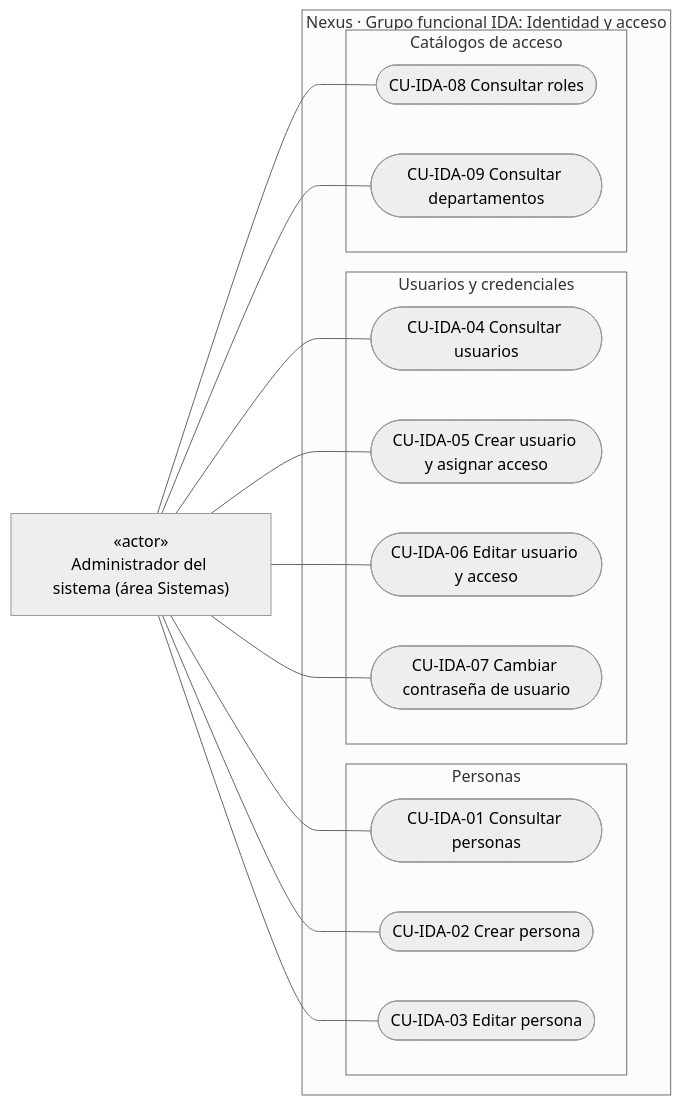
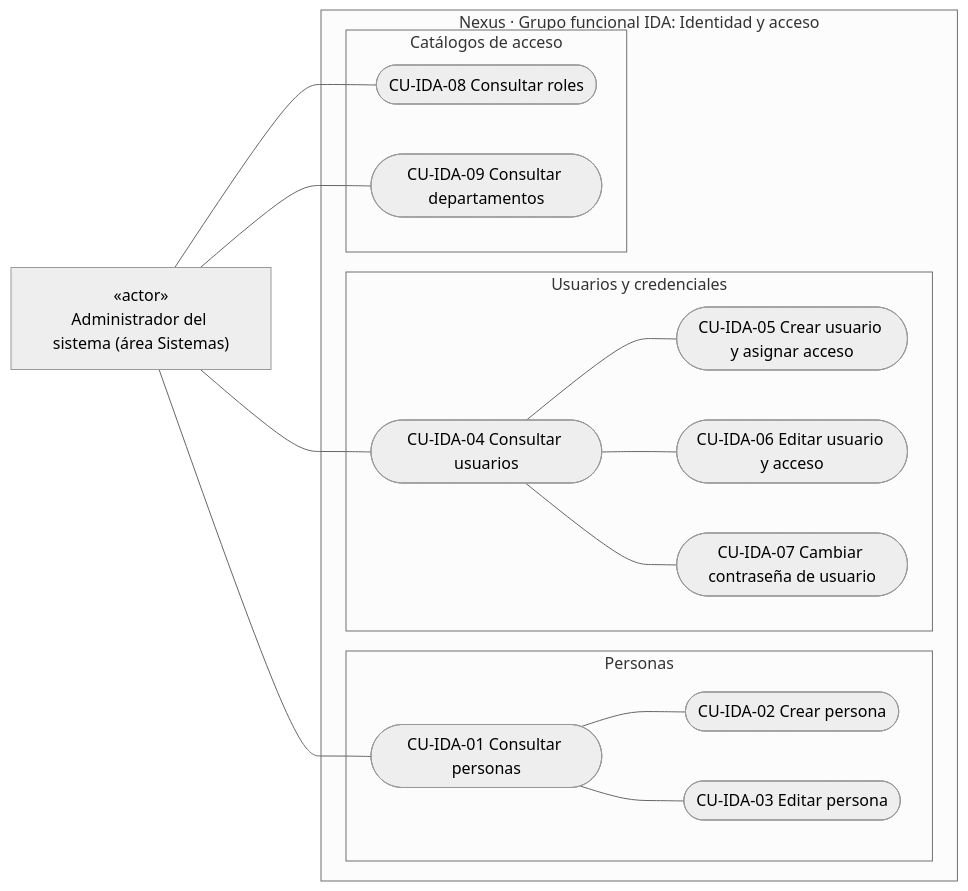
Before and after one commit to gpgsistemas01/nexus: the second of 7 diagrams in docs/requirements/domain-and-use-cases.md, drawn with Mermaid (neutral theme). The commit also changed other lines of this file and 1 other file, not shown here.

````diff
--- a/docs/requirements/domain-and-use-cases.md
+++ b/docs/requirements/domain-and-use-cases.md
@@ -91,32 +92,32 @@
 ```mermaid
 flowchart LR
     admin["«actor»<br/>Administrador del sistema (área Sistemas)"]
 
     subgraph identityPackage["Nexus · Grupo funcional IDA: Identidad y acceso"]
         subgraph personFamily["Personas"]
             ucPersonQuery(["CU-IDA-01 Consultar personas"])
             ucPersonCreate(["CU-IDA-02 Crear persona"])
             ucPersonEdit(["CU-IDA-03 Editar persona"])
         end
         subgraph userFamily["Usuarios y credenciales"]
             ucUserQuery(["CU-IDA-04 Consultar usuarios"])
             ucUserCreate(["CU-IDA-05 Crear usuario y asignar acceso"])
             ucUserEdit(["CU-IDA-06 Editar usuario y acceso"])
             ucPasswordEdit(["CU-IDA-07 Cambiar contraseña de usuario"])
         end
         subgraph accessCatalogFamily["Catálogos de acceso"]
             ucRoleQuery(["CU-IDA-08 Consultar roles"])
             ucDepartmentQuery(["CU-IDA-09 Consultar departamentos"])
         end
     end
 
     admin --- ucPersonQuery
-    admin --- ucPersonCreate
-    admin --- ucPersonEdit
     admin --- ucUserQuery
-    admin --- ucUserCreate
-    admin --- ucUserEdit
-    admin --- ucPasswordEdit
     admin --- ucRoleQuery
     admin --- ucDepartmentQuery
+    ucPersonQuery --- ucPersonCreate
+    ucPersonQuery --- ucPersonEdit
+    ucUserQuery --- ucUserCreate
+    ucUserQuery --- ucUserEdit
+    ucUserQuery --- ucPasswordEdit
 ```
````
